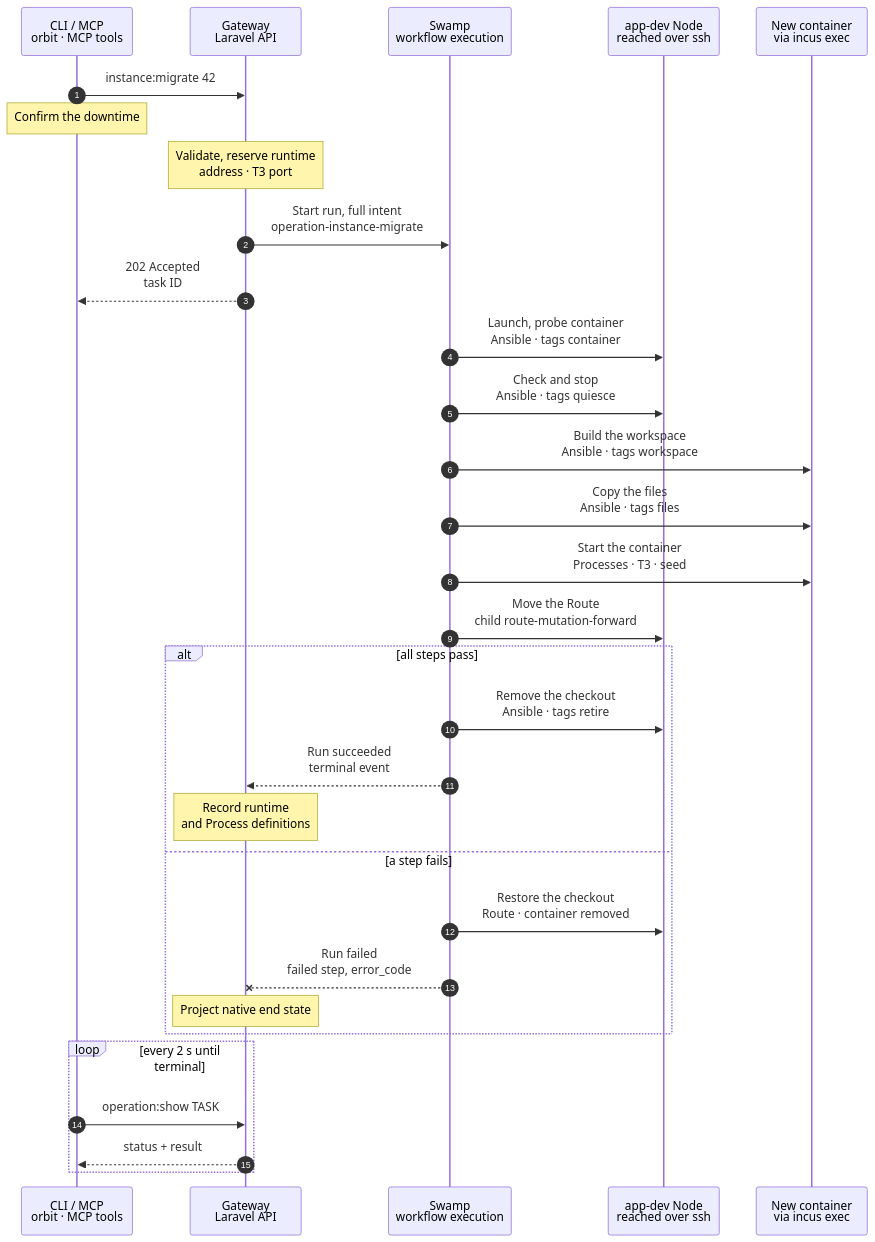
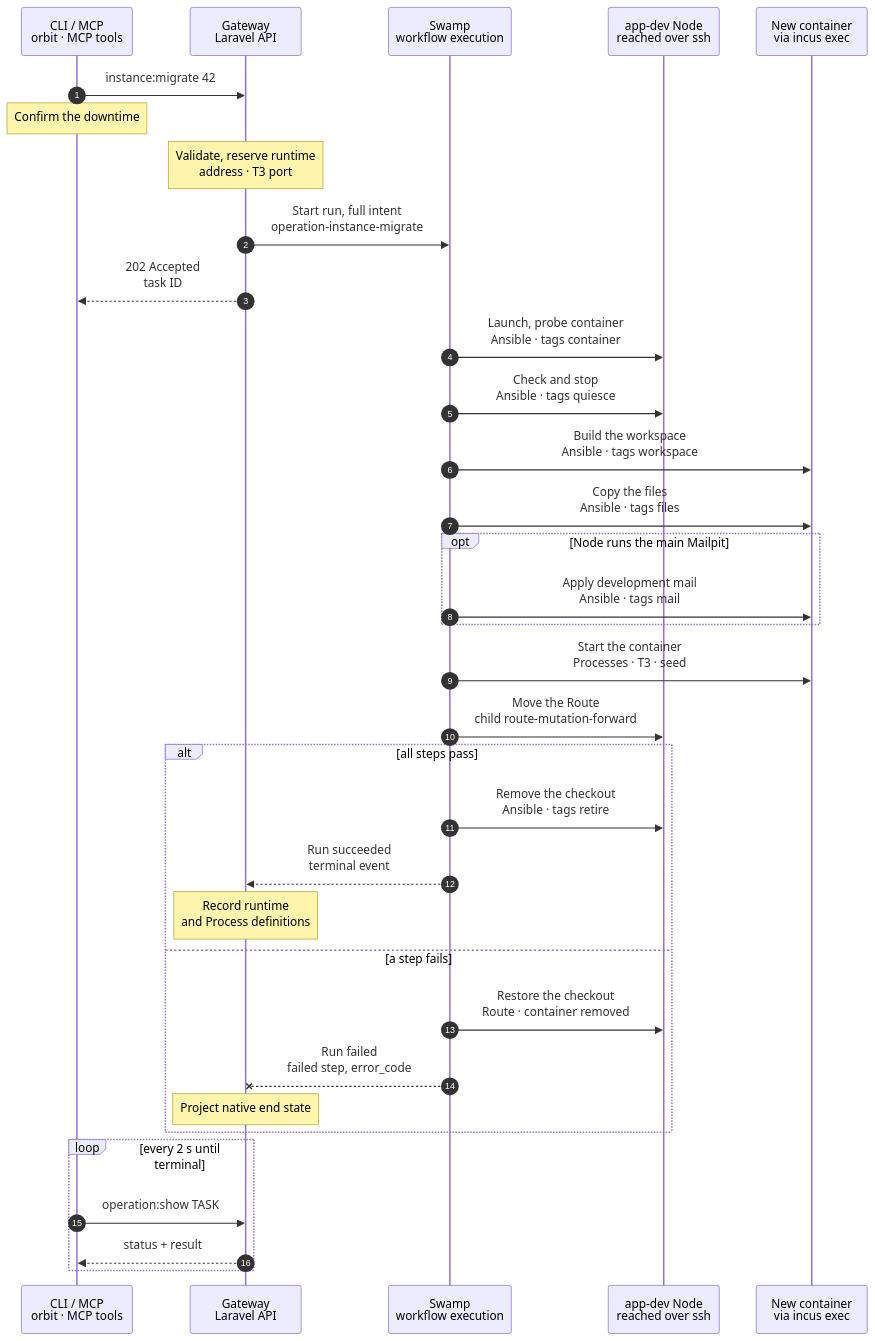
One commit to hardimpactdev/orbit changed the diagram in docs/cli/instance/migrate.mmd. Above: the diagram before and after it, drawn with Mermaid. The commit also changed 4 other files, not shown here.

Commit message:
docs: specify advisory development mail during migration

```diff
--- a/docs/cli/instance/migrate.mmd
+++ b/docs/cli/instance/migrate.mmd
@@ -1,125 +1,134 @@
 sequenceDiagram
   %% Container runtime (ADR 0250 step 8, docs/reference/development-containers.md#migrate-a-checkout-instance): one checkout Instance moves into a container, with its code. Its database stays where it is, and the container gets its own way to it. A default Instance moves before the other Instances of its Project, and keeps its checkout until its last worktree has moved. The command exists only until the last checkout Instance has moved (docs/reference/old-paths.md). The container steps are the phases of docs/cli/instance/container/create-default.mmd and create.mmd.
   %% status: draft
   %% command: instance:migrate
   %% kind: instance.migrate
   autonumber
   %% lane CLI icon=terminal pill=caller tone=gray
   %% lane GW icon=gateway pill=intent tone=blue
   %% lane SW icon=workflow pill=executes tone=green
   %% lane N icon=server pill=target tone=amber
   %% lane C icon=server pill=target tone=purple
   participant CLI as CLI / MCP<br/>orbit · MCP tools
   participant GW as Gateway<br/>Laravel API
   participant SW as Swamp<br/>workflow execution
   participant N as app-dev Node<br/>reached over ssh
   participant C as New container<br/>via incus exec
   CLI->>GW: instance:migrate 42
   %%> Command:
   %%> - `orbit instance:migrate INSTANCE`
   %%> - syntax: `<instance> [--force] [--idempotency-key=KEY] [--json]`
   Note over CLI: Confirm the downtime
   %%> What it asks:
   %%> - the Instance goes down during the move, and its old checkout moves to retention after it; `--force` answers yes
   Note over GW: Validate, reserve runtime<br/>address · T3 port
   %%> If it never starts:
   %%> - cancellation or admission expiry frees the new reservation and releases deferred Schedule fires under the Instance lock; an uncertain start keeps its reservation
   %%> Requirements:
   %%> - the Instance is an active checkout Instance on an `app-dev` Node of the build list, else `instance.migrate_unsupported`
   %%> - a non-default Instance needs its Project's default Instance in a container first, else `instance.default_not_migrated`
   %%> - the Instance has only ordinary systemd or supported `vp-dev` Processes, no unfinished deployment or Process operation/runtime cleanup and no Route beside its own; a non-default Instance needs Conn and the model router, as a clone does
   %%> - `vp-dev` keeps its identity, assigned port and desired state; unsupported preset versions, custom commands, external paths and recorded container port conflicts refuse before downtime, naming the Process and reason
   %%> - a web-serving Project names its PHP version; a missing version refuses with `project.source_defaults_incomplete`, naming `orbit project:update PROJECT --source-access=github_app` to record it from source
   %%> - a database on a Database server has an IPv4 address and a port, else `instance.database_clone_unsupported`
   %%> Result:
   %%> - the runtime reservation records its owning Operation; late receipts cannot change a newer owner
   %%> - the whole-run budget is 5,100 seconds; a lower-bound test includes declared child, restoration and cleanup timeouts
   %%> - maps only known host command locations, preserving opaque env/shell strings, and records each Process/from/to translation in the terminal receipt
   %%> - the runtime record is reserved: the next bridge address and, for a non-default Instance, the lowest free T3 port
   %%> - the checkout stays the Instance's runtime until the Route has moved; the Route's Node is held for the run
   %%> - the Instance takes no deployment and no wake while the run lasts
   %%> - a non-default Instance's placeholder model key goes to the vault
   GW->>SW: Start run, full intent<br/>operation-instance-migrate
   GW-->>CLI: 202 Accepted<br/>task ID
   SW->>N: Launch, probe container<br/>Ansible · tags container
   %%> What it does:
   %%> - before any Node change, checks the recorded branch and every planned retirement; a refusal leaves prior resources untouched
   %%> - checks checkout symlinks and dependency package links before creating the container, skipping `.git` and installed package contents; broken links or targets outside the checkout refuse with `instance.migrate_symlink_unsupported`, naming every path and target
   %%> - retirement preflight refuses unpushed local branches or detached HEAD and stashes, with their existing named errors; it reads local refs only
   %%> - checks service hosts selected by cache, session, queue, broadcasting, database or mail drivers (never by Redis client or endpoint declarations alone) in the checkout and nested app `.env` files before any probe or Node change; direct services require an exact endpoint from the shared container access plan; unsupported endpoints refuse with `instance.migrate_env_service_unreachable`, naming the file, key and host:port without credentials; unreadable syntax names only the file and line, and traversal/read failures name only the path
   %%> - deletes a container that an earlier failed move left, then creates and starts the new container through the shared container phase; discard leaves shared bridge endpoint rules for host reconciliation
   %%> - each attached target gets an exact TCP allow in both the bridge and NIC ACLs; both keep default reject. Endpoint adds reread on ETag conflict, at most five attempts with a one-second delay
   %%> - probes every attached target from inside the container before downtime, else `instance.database_unreachable`
   %%> - checks mapped Process executables inside the container, then repeats before quiesce; unavailable paths report `instance.migrate_process_binary_unavailable` naming every Process and path, leaving the checkout serving
   %%> - fetches the branch from the checkout into the Node's mirror, including commits never pushed
   SW->>N: Check and stop<br/>Ansible · tags quiesce
   %%> What it does:
   %%> - repeats the branch and retirement checks
   %%> - checks every registered Node-timer Schedule and captures timer activation before stopping any writer; unsupported Schedules refuse with their name and reason
   %%> - repeats source symlink and environment checks before stopping any writer
   %%> - stops and disables host Schedule timers and Process units, then removes the awake marker
   %%> - records that quiesce began, so a failure before it never restarts host units or rewrites the awake marker
   SW->>C: Build the workspace<br/>Ansible · tags workspace
   %%> What it does:
   %%> - pushes the branch in as a bundle and checks it out in a standalone repository in `/srv/workspace`
   %%> - a non-default checkout is a linked worktree, so its `.git` is never copied
   SW->>C: Copy the files<br/>Ansible · tags files
   %%> What it does:
   %%> - copies every file that differs from the commit, every untracked file and every ignored file, `.env` among them
   %%> - removes the tracked files that the checkout deleted, and rewrites the checkout's path in `.env` to `/srv/workspace`
   %%> - checks the exact copied tree inside the container, maps old-checkout targets into the workspace and rewrites absolute internal links there; broken or external links fail with the same code before any Process starts, relative links keep their targets, and source links never change
   %%> - a non-default Instance gets the proxy device that publishes its T3 port
+  opt Node runs the main Mailpit
+    SW->>C: Apply development mail<br/>Ansible · tags mail
+    %%> When:
+    %%> - after copying the checkout's `.env`, before application Processes start
+    %%> On failure:
+    %%> - record `instance.mail_update_failed` as a warning and continue migration; `instance:mail:update` repairs it later
+    %%> Result:
+    %%> - the shared path status and exact-line result, with line numbers only; conflicts skip the line rule
+  end
   SW->>C: Start the container<br/>Processes · T3 · seed
   %%> - container units use `network.target` and nonblocking starts; reads all moved desired-running Processes active with no pending job, waits 5 seconds once for the whole set, then requires each still active with the same positive MainPID and NRestarts; failure names the Process with `instance.migrate_processes_failed` and restores before cutover
   %%> What it does:
   %%> - starts FrankenPHP and the Instance's existing Processes as `orbit`, with the same ids and desired states; their environment files come through the vault
   %%> - writes the shared FrankenPHP Caddyfile and unit; only the Node's bridge peer with `X-Forwarded-Proto: https` sets PHP's HTTPS scheme, port and resolved client IP; other requests keep native values
   %%> - `vp-dev` uses the runtime folder’s `current/bin/vp`, workspace paths and its assigned port on `0.0.0.0`; only the Node can reach that port, and Caddy sends `/__orbit/vite` there
   %%> - a non-default Instance gets `/etc/orbit/instance`, the agent settings and its T3 server, registered as in create
   %%> - a default Instance gets its first `seed-<commit>` snapshot
   SW->>N: Move the Route<br/>child route-mutation-forward
   %%> What it does:
   %%> - points the Instance's Route at FrankenPHP in the container, and withdraws the checkout's PHP-FPM pool
   alt all steps pass
     SW->>N: Remove the checkout<br/>Ansible · tags retire
     %%> What it does:
     %%> - a due timer fire waits as a recorded Schedule Operation until migration terminal projection reopens admission; its context is rebuilt for the final runtime, on success or rollback
     %%> - every terminal transition settles deferred fires under the Instance lock; closed runtime admission explicitly fails them, including bound start failure and expiry; Schedule settlement preserves the migration result and late native recovery cannot replay a settled fire
     %%> - replaces only the moved Schedules’ checkout-dependent services with host triggers for container execution, keeps their UUID timers and calendars, and resumes each recorded desired state
     %%> - removes the old host Process units and their environment folders
     %%> - repeats the same retirement preflight as an early warning; a new blocker leaves the container serving and the checkout intact
     %%> - atomically moves each old checkout under `<checkout>.orbit-retired-git/<sha256 of original path>`; the retained root is beside the migrating Instance's checkout
     %%> - keeps the whole tree, including Git objects, refs, reflogs, `.git/modules` and nested repositories; a late worktree cannot lose its Git metadata to retirement
     %%> - records `retained_git_path` and `retained_git_at` on the Instance; `instance:show` and the Instance API expose them
     %%> - writes the awake marker; a default's checkout stays until its last worktree has moved; retirement never deletes or prunes Git metadata
     %%> If it fails:
     %%> - the container stays the Instance; the run fails with `instance.migrate_retire_failed`, and the source or retained checkout stays on the Node
     SW-->>GW: Run succeeded<br/>terminal event
     Note over GW: Record runtime<br/>and Process definitions
     %%> Result:
     %%> - the Instance's workspace is the container's; the runtime runs, a default's row holds its seed commit
     %%> - the same transaction captures each direct moved Process as a Project development definition and links its existing row; known commands use runtime names, opaque guest argv stays exact, and a changed same-name incompatible definition refuses instead of overwriting
     %%> - proven cutover captures definitions even if retirement failed; preflight failures and restored checkout outcomes capture nothing
     %%> - a SQLite file moved with the files, so its connection record goes; stored `.env` values follow the new path
     %%> - the Conn layer records a non-default Instance's T3 server from the result
   else a step fails
     SW->>N: Restore the checkout<br/>Route · container removed
     %%> What it does:
     %%> - puts the Route back on the checkout when the run had moved it
     %%> - deletes the new container, its ACL, its firewall rules and its mirror
     %%> - restores host Process units and the awake marker only when quiesce began; an unreachable target causes zero downtime
     %%> - restores host Schedule timers to their captured activation states; their unit files stay unchanged before cutover
     %%> - the checkout and database remain in place
     SW--xGW: Run failed<br/>failed step, error_code
     Note over GW: Project native end state
     %%> - showing the Operation or admitting the next migrate settles native moved/restored/ready after expiry; a restored runtime reservation is removed only while this Operation owns it
     %%> - an independent phase failure keeps its code; deadline abort stays failed/`operation.timed_out`, user abort stays cancelled
     %%> - a native finish supplies step statuses and times, even when no events streamed
     %%> Retry:
     %%> - run the same command again; it starts with a new container
     %%> - a restore that failed keeps the reserved record and its address, and names the failed step
   end
   loop every 2 s until terminal
     CLI->>GW: operation:show TASK
     GW-->>CLI: status + result
   end
```
